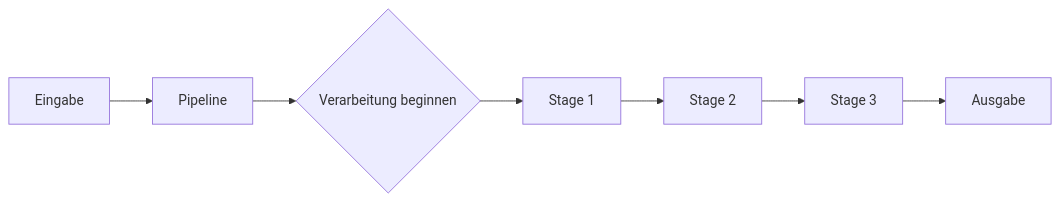
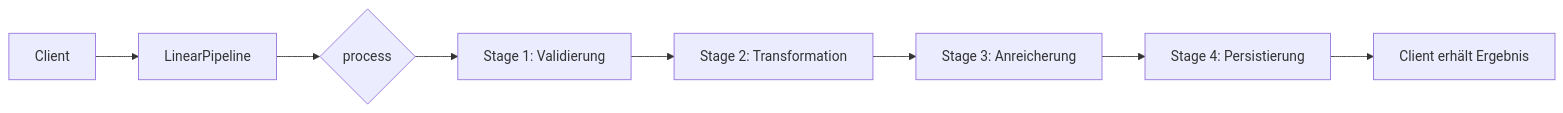
The fourth of 13 diagrams in Pipeline/docs/IMPLEMENTATION_GUIDE.md (scimbe/VS_Pattern_By_KI), drawn with Mermaid before and after one commit. The commit also changed other lines of this file and 19 other files, not shown here.

````diff
--- a/Pipeline/docs/IMPLEMENTATION_GUIDE.md
+++ b/Pipeline/docs/IMPLEMENTATION_GUIDE.md
@@ -62,9 +67,10 @@
 ```mermaid
 graph LR
-    A[Eingabe] --> B[Pipeline]
-    B --> C{Verarbeitung beginnen}
-    C --> D[Stage 1]
-    D --> E[Stage 2]
-    E --> F[Stage 3]
-    F --> G[Ausgabe]
+    A[Client] --> B[LinearPipeline]
+    B --> C{process}
+    C --> D[Stage 1: Validierung]
+    D --> E[Stage 2: Transformation]
+    E --> F[Stage 3: Anreicherung]
+    F --> G[Stage 4: Persistierung]
+    G --> H[Client erhält Ergebnis]
 ```
````
